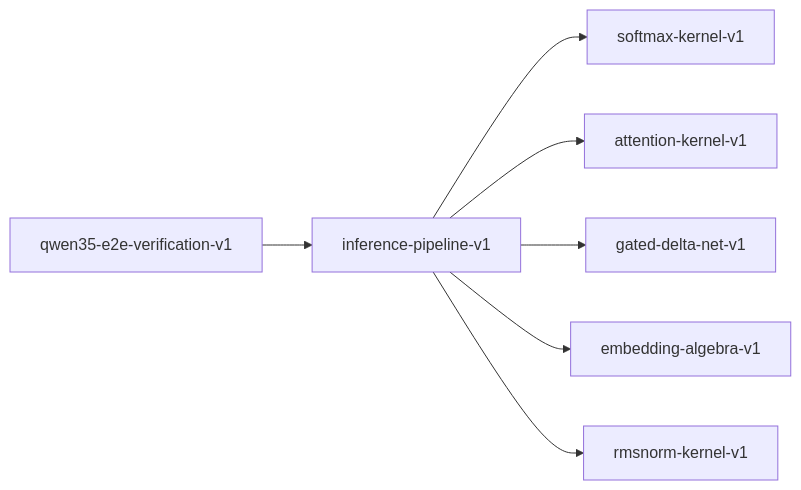
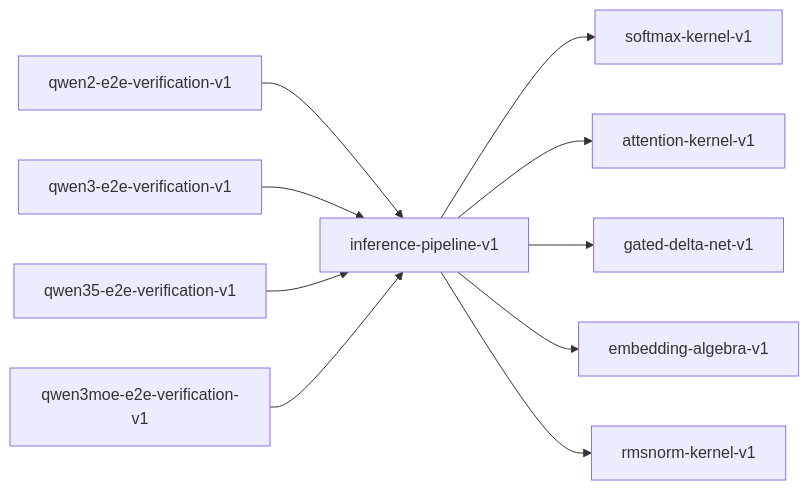
One commit to paiml/provable-contracts changed the diagram in book/src/contracts/inference-pipeline-v1.md. Above: the diagram before and after it, drawn with Mermaid. The commit also changed 76 other files, not shown here.

````diff
--- a/book/src/contracts/inference-pipeline-v1.md
+++ b/book/src/contracts/inference-pipeline-v1.md
@@ -23,9 +23,12 @@
 ```mermaid
 graph LR
     inference_pipeline_v1["inference-pipeline-v1"] --> softmax_kernel_v1["softmax-kernel-v1"]
     inference_pipeline_v1["inference-pipeline-v1"] --> attention_kernel_v1["attention-kernel-v1"]
     inference_pipeline_v1["inference-pipeline-v1"] --> gated_delta_net_v1["gated-delta-net-v1"]
     inference_pipeline_v1["inference-pipeline-v1"] --> embedding_algebra_v1["embedding-algebra-v1"]
     inference_pipeline_v1["inference-pipeline-v1"] --> rmsnorm_kernel_v1["rmsnorm-kernel-v1"]
+    qwen2_e2e_verification_v1["qwen2-e2e-verification-v1"] --> inference_pipeline_v1["inference-pipeline-v1"]
+    qwen3_e2e_verification_v1["qwen3-e2e-verification-v1"] --> inference_pipeline_v1["inference-pipeline-v1"]
     qwen35_e2e_verification_v1["qwen35-e2e-verification-v1"] --> inference_pipeline_v1["inference-pipeline-v1"]
+    qwen3moe_e2e_verification_v1["qwen3moe-e2e-verification-v1"] --> inference_pipeline_v1["inference-pipeline-v1"]
 ```
````
